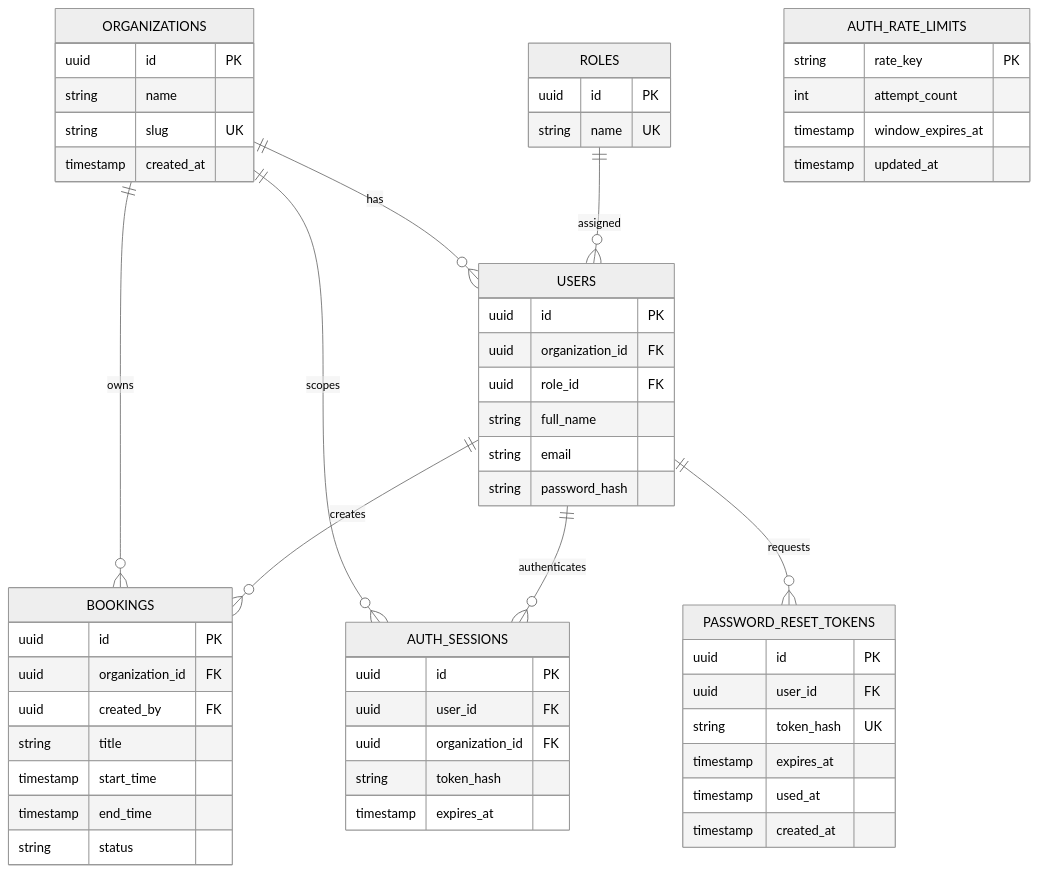
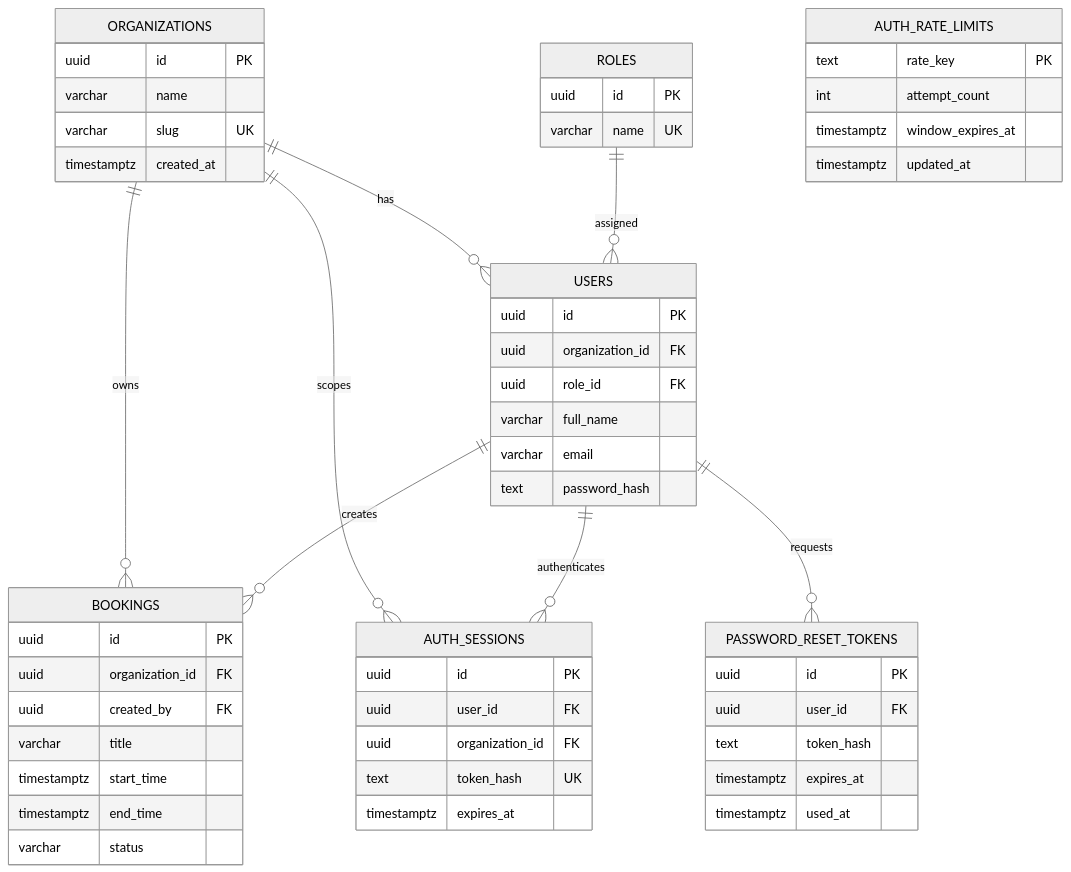
The second of 3 diagrams in README.md (foryasith/tenantflow), drawn with Mermaid (neutral theme) before and after one commit. The commit also changed other lines of this file, not shown here.

````diff
--- a/README.md
+++ b/README.md
@@ -116,67 +96,58 @@
 ```mermaid
 erDiagram
     ORGANIZATIONS ||--o{ USERS : has
     ORGANIZATIONS ||--o{ BOOKINGS : owns
     ORGANIZATIONS ||--o{ AUTH_SESSIONS : scopes
-
     ROLES ||--o{ USERS : assigned
-
     USERS ||--o{ BOOKINGS : creates
     USERS ||--o{ AUTH_SESSIONS : authenticates
     USERS ||--o{ PASSWORD_RESET_TOKENS : requests
 
     ORGANIZATIONS {
         uuid id PK
-        string name
-        string slug UK
-        timestamp created_at
+        varchar name
+        varchar slug UK
+        timestamptz created_at
     }
-
     ROLES {
         uuid id PK
-        string name UK
+        varchar name UK
     }
-
     USERS {
         uuid id PK
         uuid organization_id FK
         uuid role_id FK
-        string full_name
-        string email
-        string password_hash
+        varchar full_name
+        varchar email
+        text password_hash
     }
-
     BOOKINGS {
         uuid id PK
         uuid organization_id FK
         uuid created_by FK
-        string title
-        timestamp start_time
-        timestamp end_time
-        string status
+        varchar title
+        timestamptz start_time
+        timestamptz end_time
+        varchar status
     }
-
     AUTH_SESSIONS {
         uuid id PK
         uuid user_id FK
         uuid organization_id FK
-        string token_hash
-        timestamp expires_at
+        text token_hash UK
+        timestamptz expires_at
     }
-
     PASSWORD_RESET_TOKENS {
         uuid id PK
         uuid user_id FK
-        string token_hash UK
-        timestamp expires_at
-        timestamp used_at
-        timestamp created_at
+        text token_hash
+        timestamptz expires_at
+        timestamptz used_at
     }
-
     AUTH_RATE_LIMITS {
-        string rate_key PK
+        text rate_key PK
         int attempt_count
-        timestamp window_expires_at
-        timestamp updated_at
+        timestamptz window_expires_at
+        timestamptz updated_at
     }
 ```
````
